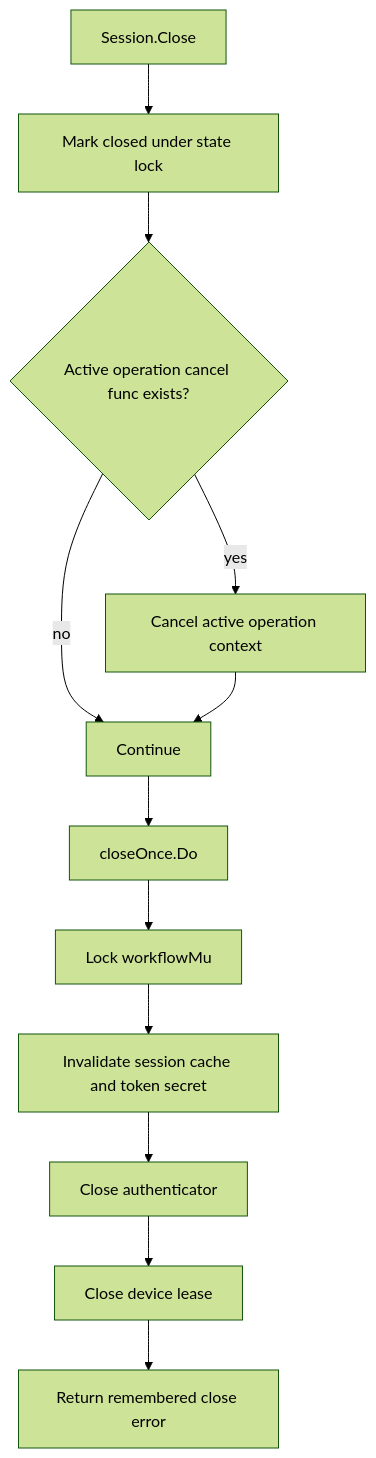
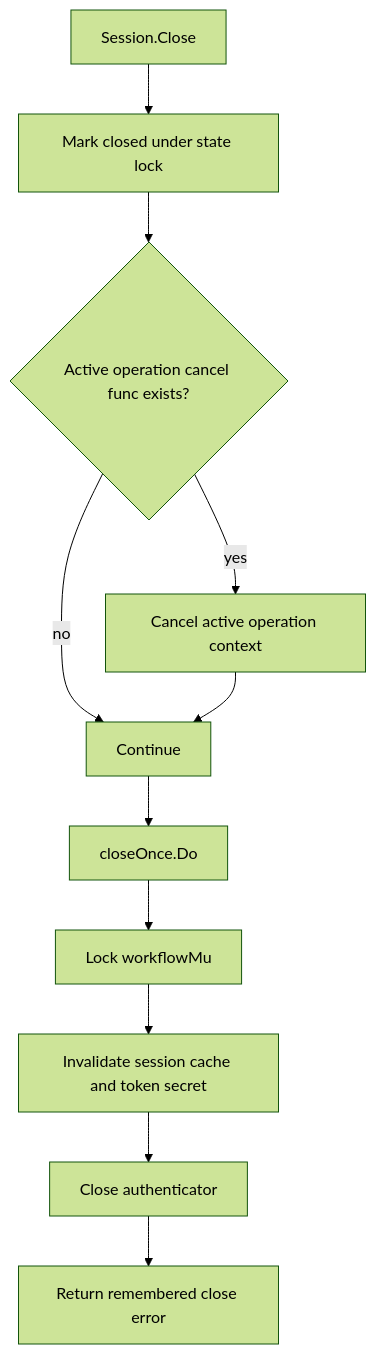
The third of 5 diagrams in docs/current-runtime-flows.md (go-ctap/kit), drawn with Mermaid (forest theme) before and after one commit. The commit also changed other lines of this file and 18 other files, not shown here.

````diff
--- a/docs/current-runtime-flows.md
+++ b/docs/current-runtime-flows.md
@@ -116,14 +109,13 @@
 ```mermaid
 flowchart TD
   A["Session.Close"] --> B["Mark closed under state lock"]
   B --> C{"Active operation cancel func exists?"}
   C -->|yes| D["Cancel active operation context"]
   C -->|no| E["Continue"]
   D --> E
   E --> F["closeOnce.Do"]
   F --> G["Lock workflowMu"]
   G --> H["Invalidate session cache and token secret"]
   H --> I["Close authenticator"]
-  I --> J["Close device lease"]
-  J --> K["Return remembered close error"]
+  I --> K["Return remembered close error"]
 ```
````
